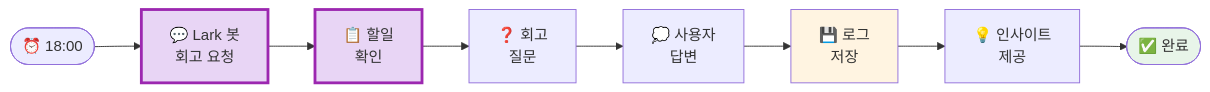
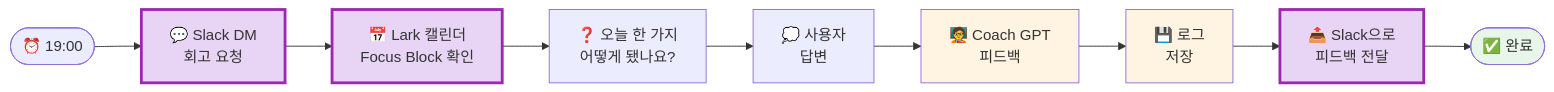
The second of 2 diagrams in daily-focus/daily-focus-설계서.md (damee-j/my-first-skill), drawn with Mermaid before and after one commit. The commit also changed other lines of this file and 25 other files, not shown here.

````diff
--- a/daily-focus/daily-focus-설계서.md
+++ b/daily-focus/daily-focus-설계서.md
@@ -76,15 +83,18 @@
 ```mermaid
 flowchart LR
-    Start([⏰ 18:00]) --> BotPing[💬 Lark 봇<br/>회고 요청]
-    BotPing --> CheckTodo[📋 할일<br/>확인]
-    CheckTodo --> Ask[❓ 회고<br/>질문]
+    Start([⏰ 19:00]) --> BotPing[💬 Slack DM<br/>회고 요청]
+    BotPing --> CheckCal[📅 Lark 캘린더<br/>Focus Block 확인]
+    CheckCal --> Ask[❓ 오늘 한 가지<br/>어떻게 됐나요?]
     Ask --> Reply[💭 사용자<br/>답변]
-    Reply --> SaveLog[💾 로그<br/>저장]
-    SaveLog --> Insight[💡 인사이트<br/>제공]
-    Insight --> End([✅ 완료])
+    Reply --> Coach[🧑‍🏫 Coach GPT<br/>피드백]
+    Coach --> SaveLog[💾 로그<br/>저장]
+    SaveLog --> Share[📤 Slack으로<br/>피드백 전달]
+    Share --> End([✅ 완료])
 
     style BotPing fill:#e8d5f5,stroke:#9c27b0,stroke-width:3px
-    style CheckTodo fill:#e8d5f5,stroke:#9c27b0,stroke-width:3px
+    style CheckCal fill:#e8d5f5,stroke:#9c27b0,stroke-width:3px
+    style Coach fill:#fff4e1
     style SaveLog fill:#fff4e1
+    style Share fill:#e8d5f5,stroke:#9c27b0,stroke-width:3px
     style End fill:#e8f5e9
 ```
````
